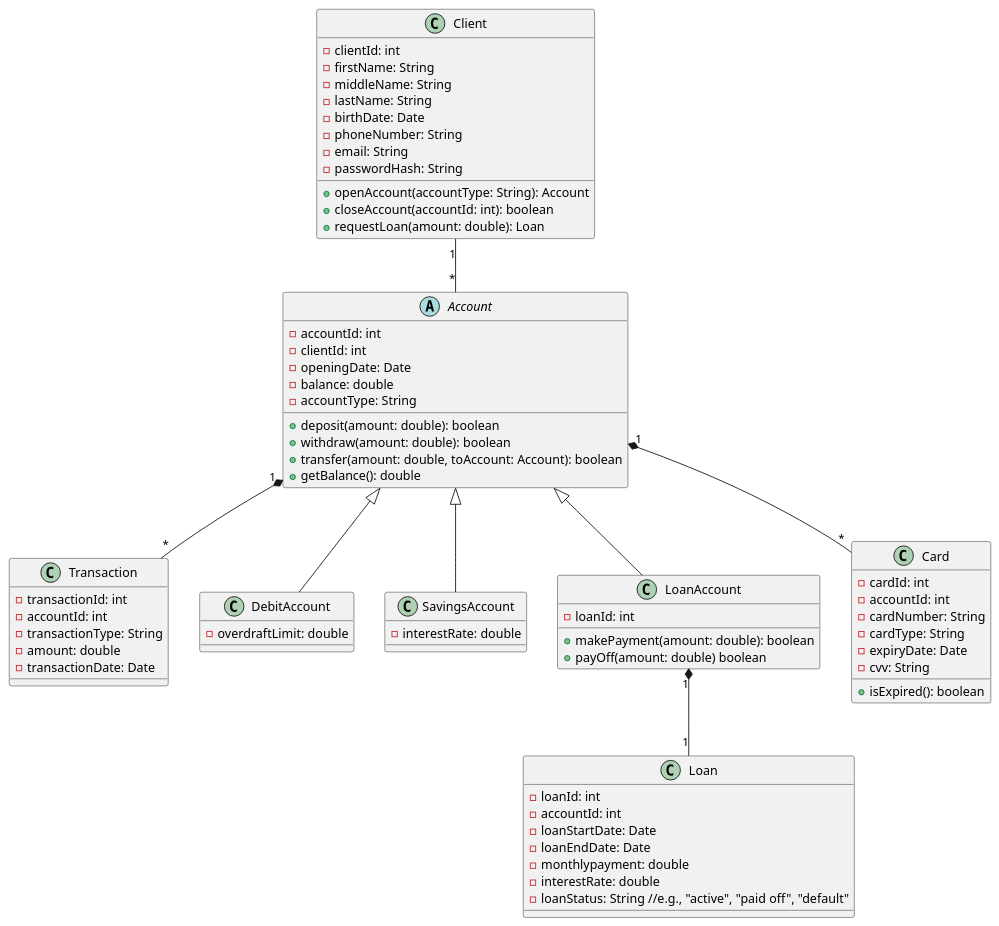
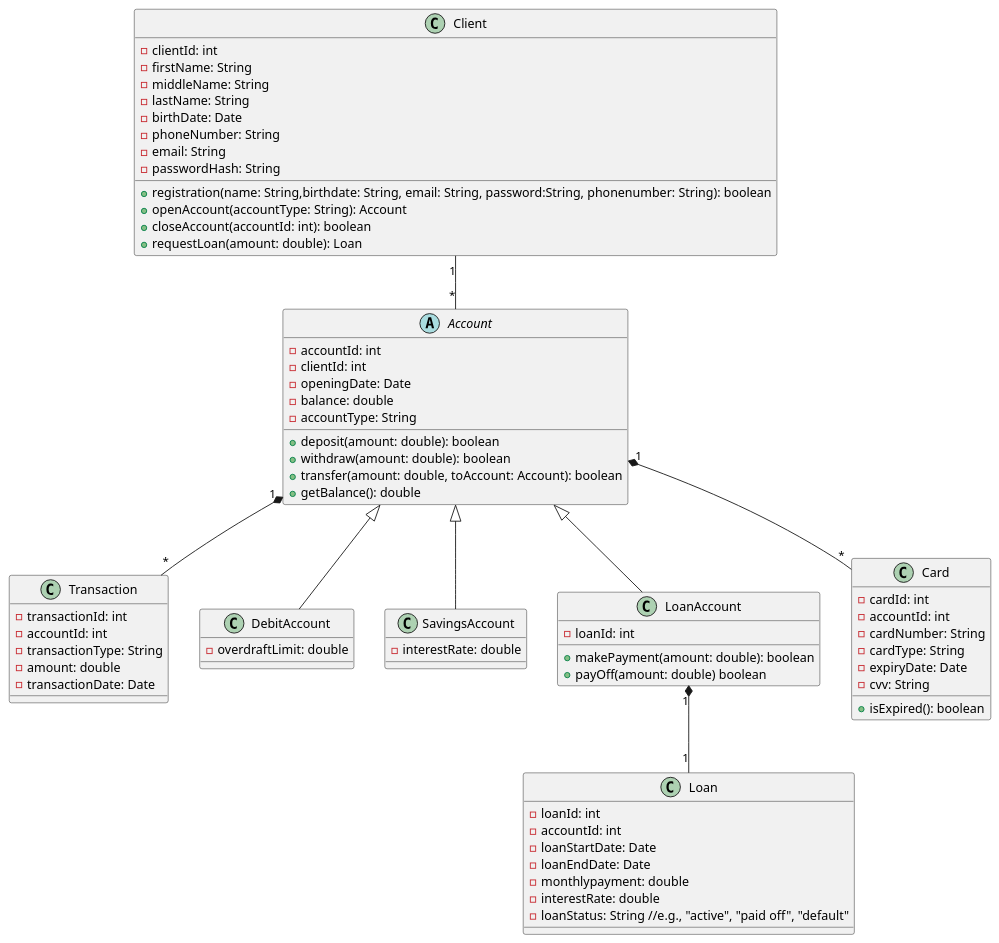
The diagram in Uml_class.puml (nadyahse2/UML_diagrams), drawn with PlantUML before and after one commit.

```diff
--- a/Uml_class.puml
+++ b/Uml_class.puml
@@ -1,80 +1,81 @@
 @startuml
 class Client {
     - clientId: int
     - firstName: String
     - middleName: String
     - lastName: String
     - birthDate: Date
     - phoneNumber: String
     - email: String
     - passwordHash: String
+    + registration(name: String,birthdate: String, email: String, password:String, phonenumber: String): boolean
     + openAccount(accountType: String): Account 
     + closeAccount(accountId: int): boolean
     + requestLoan(amount: double): Loan
 }
 class Transaction {
     - transactionId: int
     - accountId: int
     - transactionType: String
     - amount: double
     - transactionDate: Date
 }
 
 abstract class Account {
     - accountId: int
     - clientId: int
     - openingDate: Date
     - balance: double
     - accountType: String
     + deposit(amount: double): boolean
     + withdraw(amount: double): boolean
     + transfer(amount: double, toAccount: Account): boolean
     + getBalance(): double
 }
 
 class DebitAccount extends Account {
     - overdraftLimit: double
 }
 
 class SavingsAccount extends Account {
     - interestRate: double
 }
 
 class LoanAccount extends Account {
     - loanId: int
     + makePayment(amount: double): boolean
     + payOff(amount: double) boolean
 
 }
 
 class Loan {
     - loanId: int
     - accountId: int  
     - loanStartDate: Date
     - loanEndDate: Date
     - monthlypayment: double 
     - interestRate: double
     - loanStatus: String //e.g., "active", "paid off", "default"
     
 }
 
 
 
 
 
 class Card {
     - cardId: int
     - accountId: int
     - cardNumber: String
     - cardType: String
     - expiryDate: Date
     - cvv: String
     + isExpired(): boolean
 }
 
 
 Client "1" -- "*" Account
 Account "1" *-- "*" Transaction
 Account "1" *-- "*" Card
 LoanAccount "1" *-- "1" Loan
 @enduml
```
